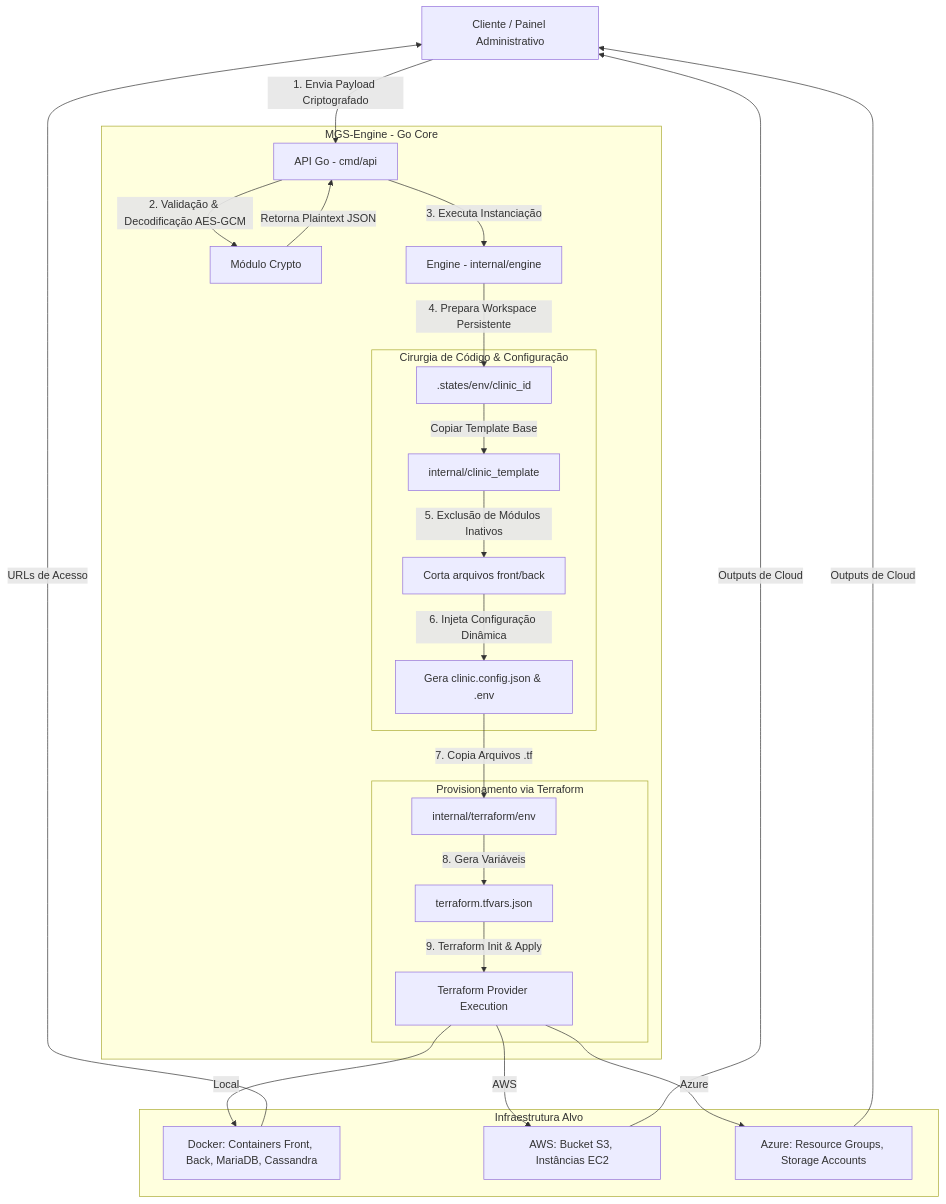
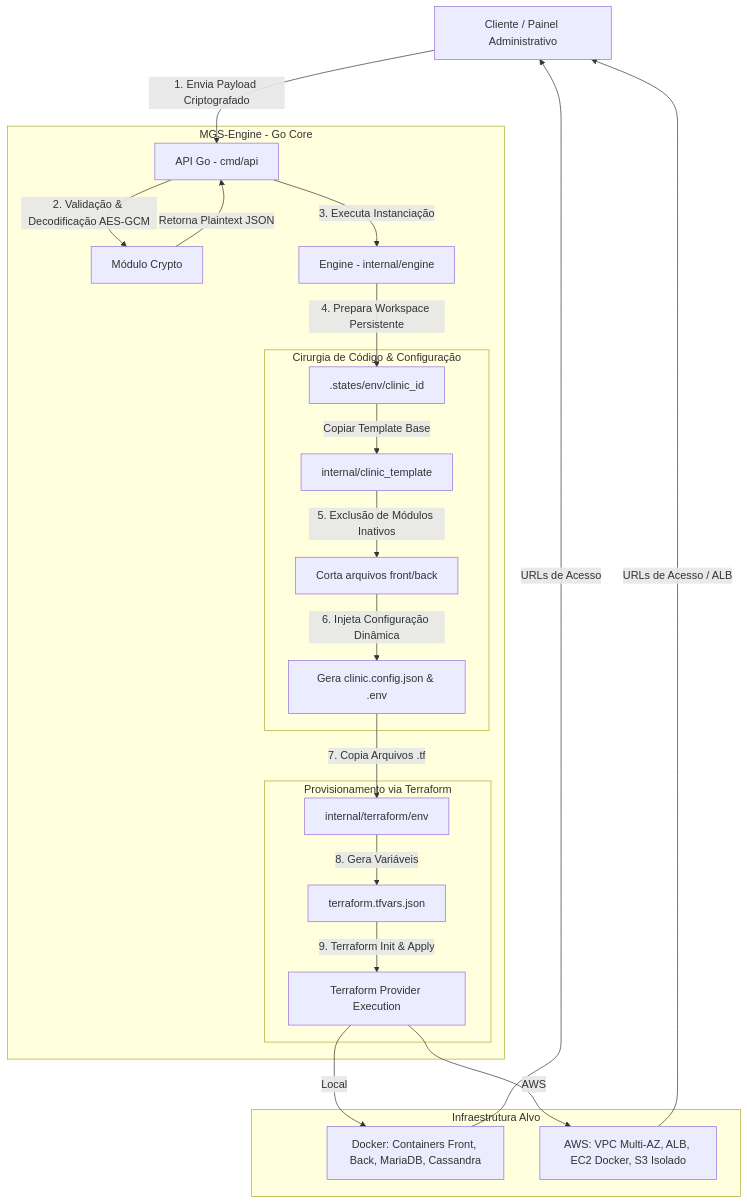
Before and after one commit to TCC-Conjunto-de-Aplicacoes-Medicinais/motor_para_geracao_de_sistemas_clinicos: the diagram in README.md, drawn with Mermaid. The commit also changed other lines of this file and 29 other files, not shown here.

````diff
--- a/README.md
+++ b/README.md
@@ -36,33 +36,31 @@
 ```mermaid
 graph TD
     Client[Cliente / Painel Administrativo] -->|1. Envia Payload Criptografado| API[API Go - cmd/api]
     
     subgraph Engine [MGS-Engine - Go Core]
         API -->|2. Validação & Decodificação AES-GCM| Crypto[Módulo Crypto]
         Crypto -->|Retorna Plaintext JSON| API
         API -->|3. Executa Instanciação| CoreEngine[Engine - internal/engine]
         CoreEngine -->|4. Prepara Workspace Persistente| WorkDir[.states/env/clinic_id]
         
         subgraph CodeSurgery [Cirurgia de Código & Configuração]
             WorkDir -->|Copiar Template Base| Template[internal/clinic_template]
             Template -->|5. Exclusão de Módulos Inativos| Surgery[Corta arquivos front/back]
             Surgery -->|6. Injeta Configuração Dinâmica| Config[Gera clinic.config.json & .env]
         end
         
         subgraph IaC [Provisionamento via Terraform]
             Config -->|7. Copia Arquivos .tf| TF[internal/terraform/env]
             TF -->|8. Gera Variáveis| TFVars[terraform.tfvars.json]
             TFVars -->|9. Terraform Init & Apply| TFExec[Terraform Provider Execution]
         end
     end
 
     subgraph TargetInfra [Infraestrutura Alvo]
         TFExec -->|Local| Docker[Docker: Containers Front, Back, MariaDB, Cassandra]
-        TFExec -->|AWS| AWS[AWS: Bucket S3, Instâncias EC2]
-        TFExec -->|Azure| Azure[Azure: Resource Groups, Storage Accounts]
+        TFExec -->|AWS| AWS[AWS: VPC Multi-AZ, ALB, EC2 Docker, S3 Isolado]
     end
 
     Docker -->|URLs de Acesso| Client
-    AWS -->|Outputs de Cloud| Client
-    Azure -->|Outputs de Cloud| Client
+    AWS -->|URLs de Acesso / ALB| Client
 ```
````
